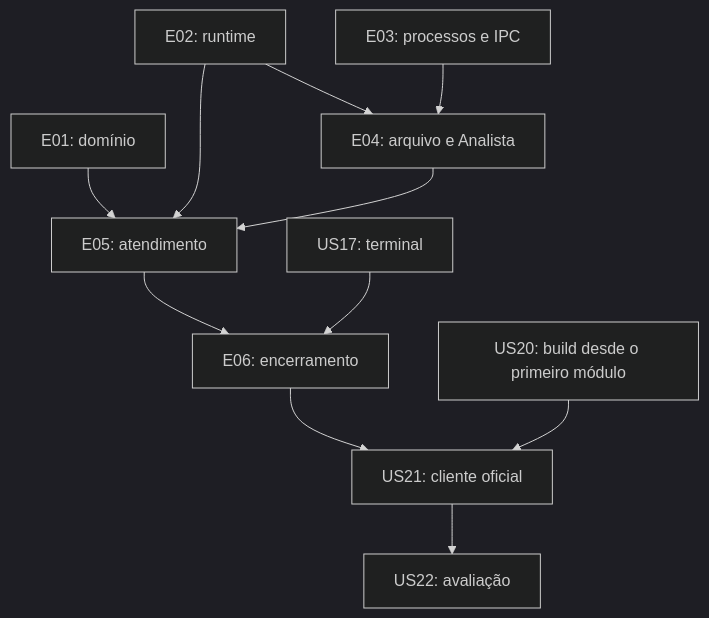
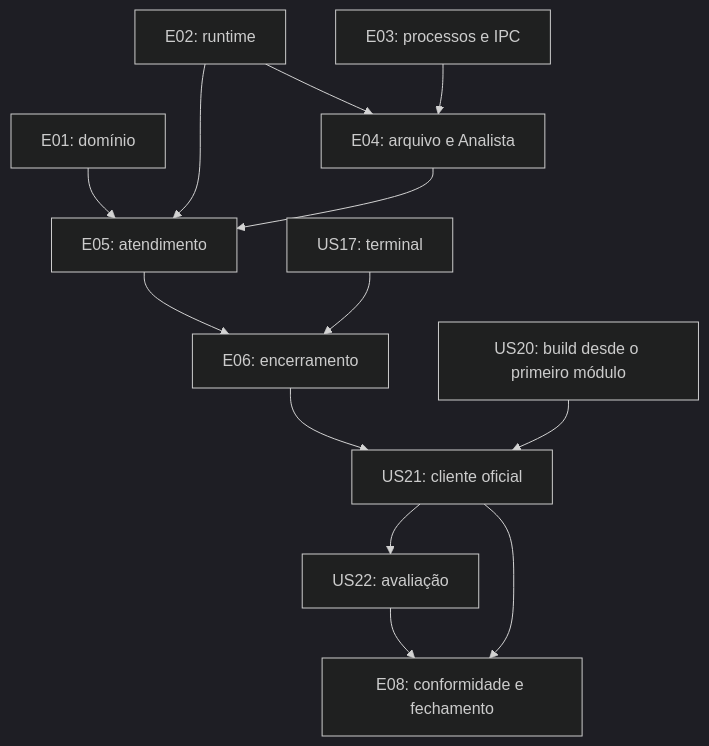
One commit to Gabriel-Tex/yuri-os changed the diagram in docs/user-stories.md. Above: the diagram before and after it, drawn with Mermaid (dark theme). The commit also changed other lines of this file and 3 other files, not shown here.

````diff
--- a/docs/user-stories.md
+++ b/docs/user-stories.md
@@ -521,13 +605,15 @@
 ```mermaid
 flowchart TD
     A[E01: domínio] --> I[E05: atendimento]
     B[E02: runtime] --> I
     C[E03: processos e IPC] --> D[E04: arquivo e Analista]
     B --> D
     D --> I
     I --> S[E06: encerramento]
     T[US17: terminal] --> S
     S --> V[US21: cliente oficial]
     Build[US20: build desde o primeiro módulo] --> V
     V --> P[US22: avaliação]
+    V --> A8[E08: conformidade e fechamento]
+    P --> A8
 ```
````
